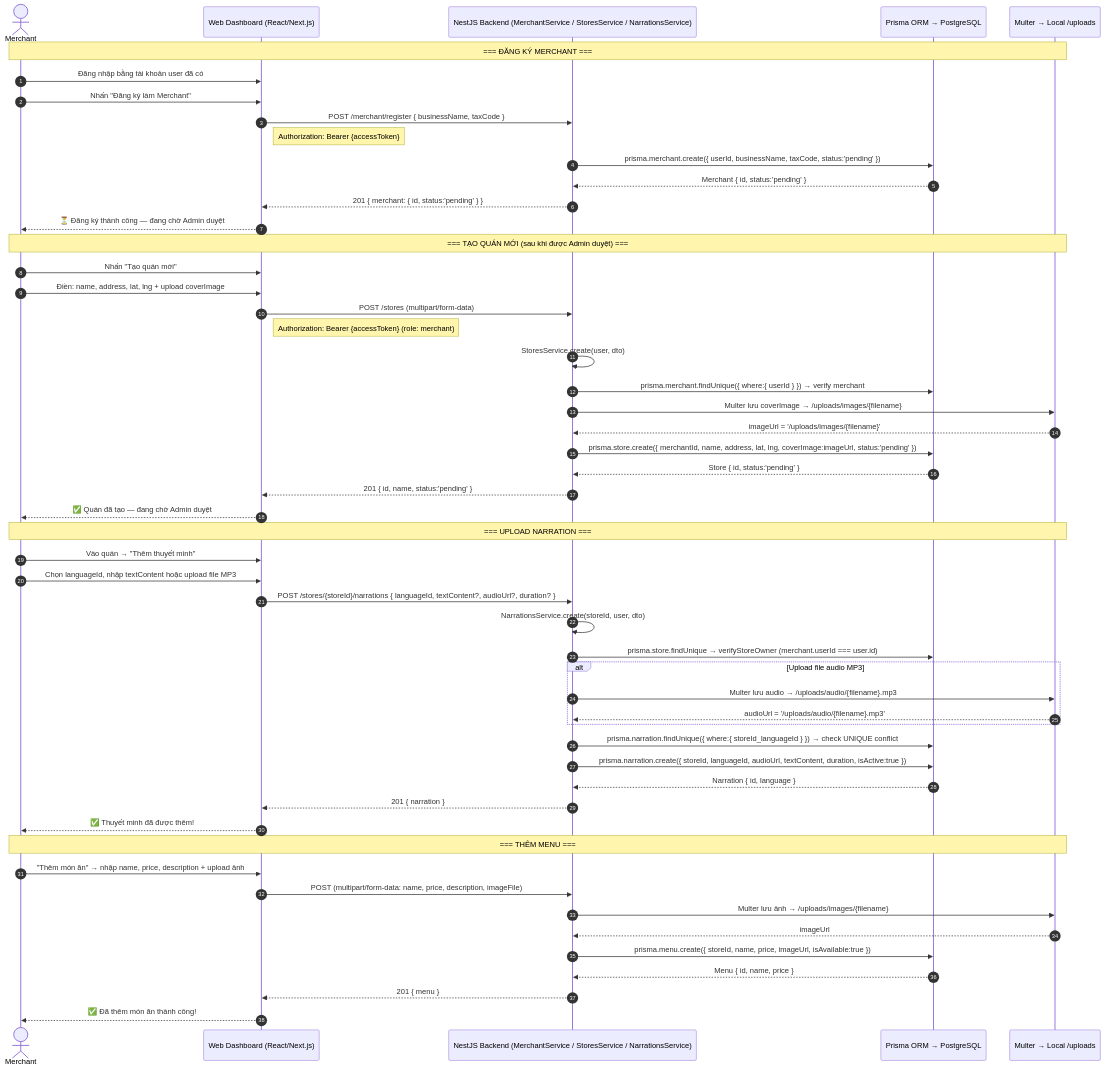
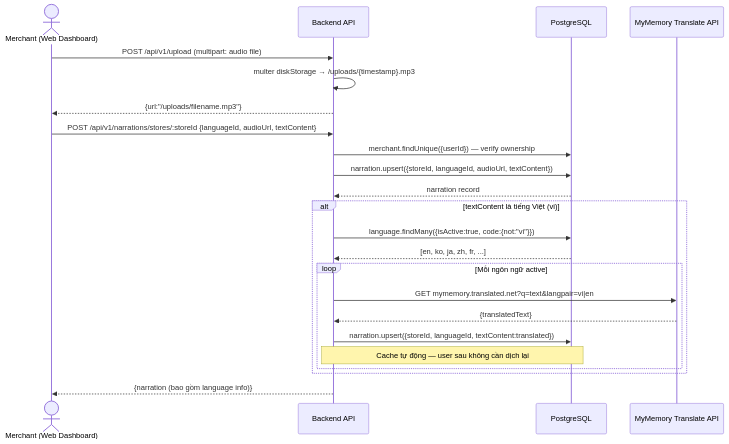
The sixth of 14 diagrams in docs/diagrams.md (thankhanh/Seminar_sgu), drawn with Mermaid before and after one commit. The commit also changed other lines of this file and 3 other files, not shown here.

````diff
--- a/docs/diagrams.md
+++ b/docs/diagrams.md
@@ -262,61 +372,29 @@
 ```mermaid
 sequenceDiagram
-    autonumber
-    actor M as Merchant
-    participant Web as Web Dashboard (React/Next.js)
-    participant API as NestJS Backend (MerchantService / StoresService / NarrationsService)
-    participant DB as Prisma ORM → PostgreSQL
-    participant FS as Multer → Local /uploads
+    actor M as Merchant (Web Dashboard)
+    participant API as Backend API
+    participant DB as PostgreSQL
+    participant Trans as MyMemory Translate API
 
-    Note over M,FS: === ĐĂNG KÝ MERCHANT ===
-    M->>Web: Đăng nhập bằng tài khoản user đã có
-    M->>Web: Nhấn "Đăng ký làm Merchant"
-    Web->>API: POST /merchant/register { businessName, taxCode }
-    Note right of Web: Authorization: Bearer {accessToken}
-    API->>DB: prisma.merchant.create({ userId, businessName, taxCode, status:'pending' })
-    DB-->>API: Merchant { id, status:'pending' }
-    API-->>Web: 201 { merchant: { id, status:'pending' } }
-    Web-->>M: ⏳ Đăng ký thành công — đang chờ Admin duyệt
+    M->>API: POST /api/v1/upload (multipart: audio file)
+    API->>API: multer diskStorage → /uploads/{timestamp}.mp3
+    API-->>M: {url:"/uploads/filename.mp3"}
 
-    Note over M,FS: === TẠO QUÁN MỚI (sau khi được Admin duyệt) ===
-    M->>Web: Nhấn "Tạo quán mới"
-    M->>Web: Điền: name, address, lat, lng + upload coverImage
-    Web->>API: POST /stores (multipart/form-data)
-    Note right of Web: Authorization: Bearer {accessToken} (role: merchant)
-    API->>API: StoresService.create(user, dto)
-    API->>DB: prisma.merchant.findUnique({ where:{ userId } }) → verify merchant
-    API->>FS: Multer lưu coverImage → /uploads/images/{filename}
-    FS-->>API: imageUrl = '/uploads/images/{filename}'
-    API->>DB: prisma.store.create({ merchantId, name, address, lat, lng, coverImage:imageUrl, status:'pending' })
-    DB-->>API: Store { id, status:'pending' }
-    API-->>Web: 201 { id, name, status:'pending' }
-    Web-->>M: ✅ Quán đã tạo — đang chờ Admin duyệt
+    M->>API: POST /api/v1/narrations/stores/:storeId {languageId, audioUrl, textContent}
+    API->>DB: merchant.findUnique({userId}) — verify ownership
+    API->>DB: narration.upsert({storeId, languageId, audioUrl, textContent})
+    DB-->>API: narration record
 
-    Note over M,FS: === UPLOAD NARRATION ===
-    M->>Web: Vào quán → "Thêm thuyết minh"
-    M->>Web: Chọn languageId, nhập textContent hoặc upload file MP3
-    Web->>API: POST /stores/{storeId}/narrations { languageId, textContent?, audioUrl?, duration? }
-    API->>API: NarrationsService.create(storeId, user, dto)
-    API->>DB: prisma.store.findUnique → verifyStoreOwner (merchant.userId === user.id)
-
-    alt Upload file audio MP3
-        API->>FS: Multer lưu audio → /uploads/audio/{filename}.mp3
-        FS-->>API: audioUrl = '/uploads/audio/{filename}.mp3'
+    alt textContent là tiếng Việt (vi)
+        API->>DB: language.findMany({isActive:true, code:{not:"vi"}})
+        DB-->>API: [en, ko, ja, zh, fr, ...]
+        loop Mỗi ngôn ngữ active
+            API->>Trans: GET mymemory.translated.net?q=text&langpair=vi|en
+            Trans-->>API: {translatedText}
+            API->>DB: narration.upsert({storeId, languageId, textContent:translated})
+            Note over API,DB: Cache tự động — user sau không cần dịch lại
+        end
     end
 
-    API->>DB: prisma.narration.findUnique({ where:{ storeId_languageId } }) → check UNIQUE conflict
-    API->>DB: prisma.narration.create({ storeId, languageId, audioUrl, textContent, duration, isActive:true })
-    DB-->>API: Narration { id, language }
-    API-->>Web: 201 { narration }
-    Web-->>M: ✅ Thuyết minh đã được thêm!
-
-    Note over M,FS: === THÊM MENU ===
-    M->>Web: "Thêm món ăn" → nhập name, price, description + upload ảnh
-    Web->>API: POST (multipart/form-data: name, price, description, imageFile)
-    API->>FS: Multer lưu ảnh → /uploads/images/{filename}
-    FS-->>API: imageUrl
-    API->>DB: prisma.menu.create({ storeId, name, price, imageUrl, isAvailable:true })
-    DB-->>API: Menu { id, name, price }
-    API-->>Web: 201 { menu }
-    Web-->>M: ✅ Đã thêm món ăn thành công!
+    API-->>M: {narration (bao gồm language info)}
 ```
````
